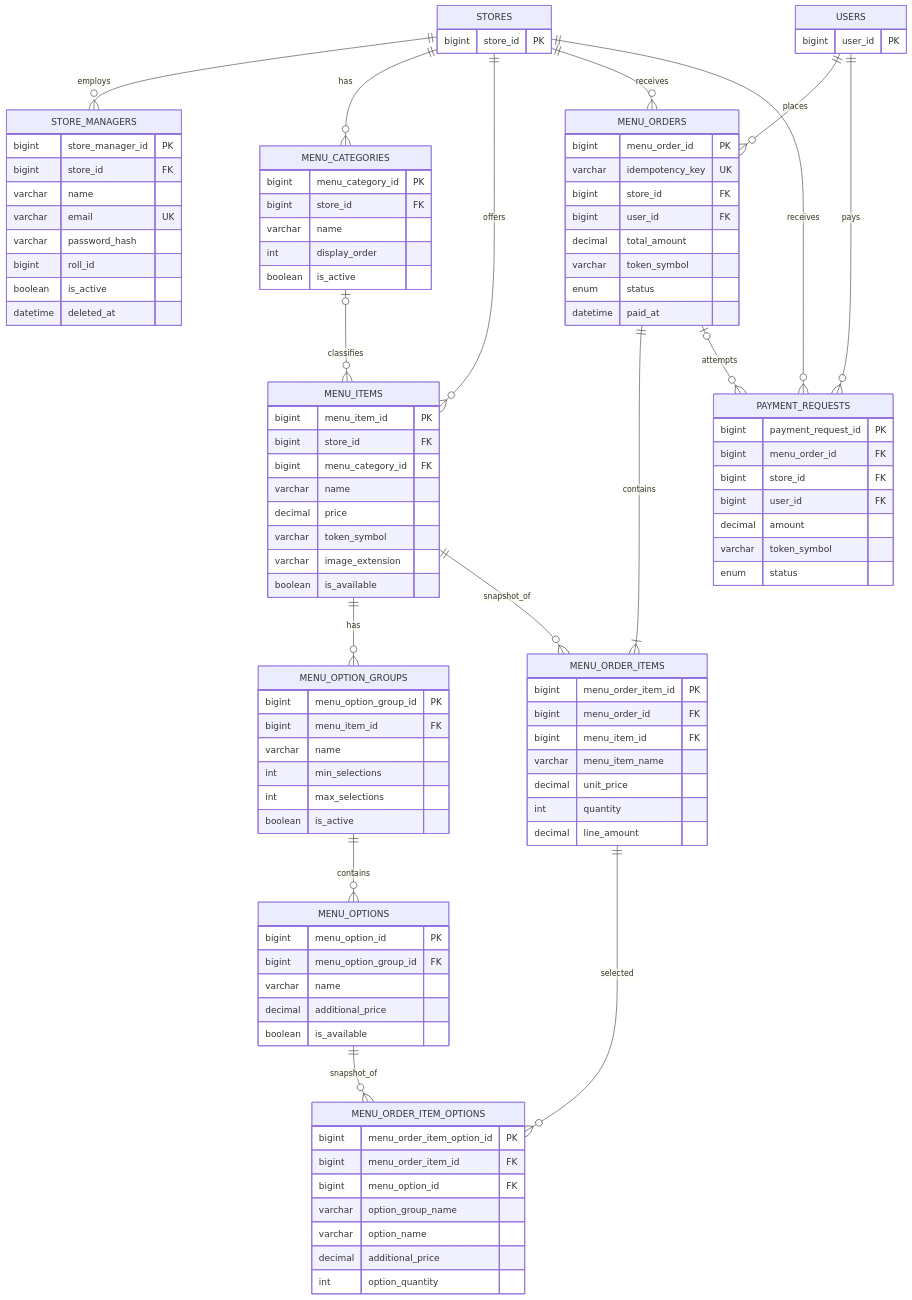
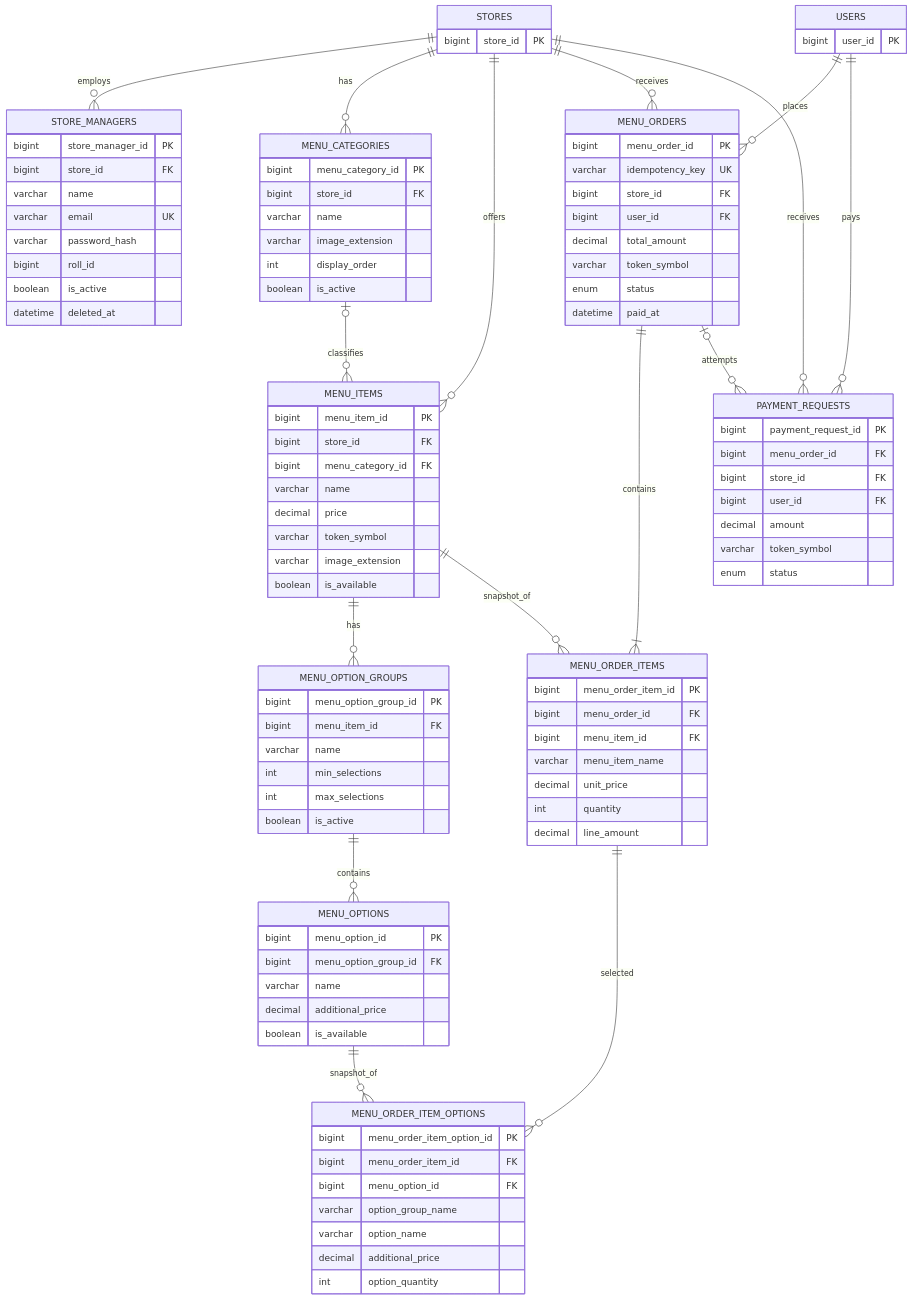
One commit to terao06/teraid-pay-api changed the diagram in docs/DB構成.md. Above: the diagram before and after it, drawn with Mermaid. The commit also changed other lines of this file and 20 other files, not shown here.

```diff
--- a/docs/DB構成.md
+++ b/docs/DB構成.md
@@ -206,6 +209,7 @@
         bigint menu_category_id PK
         bigint store_id FK
         varchar name
+        varchar image_extension
         int display_order
         boolean is_active
     }
```
